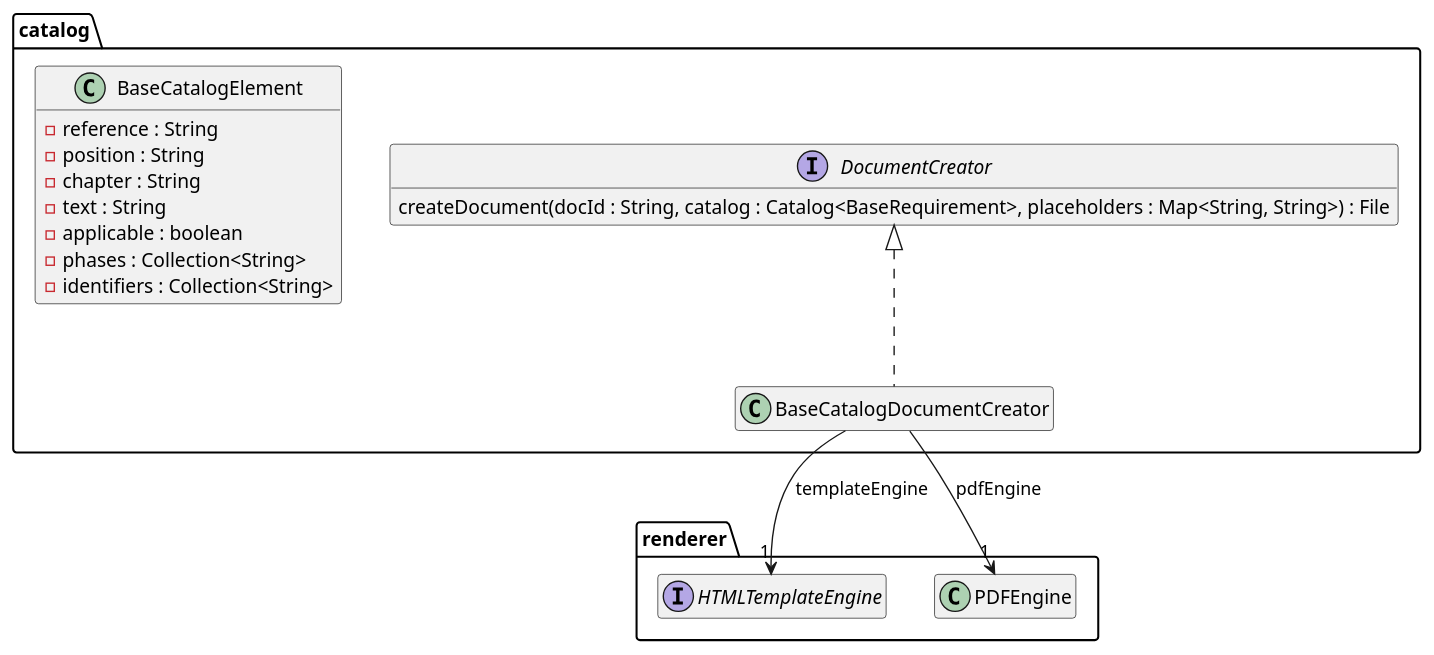
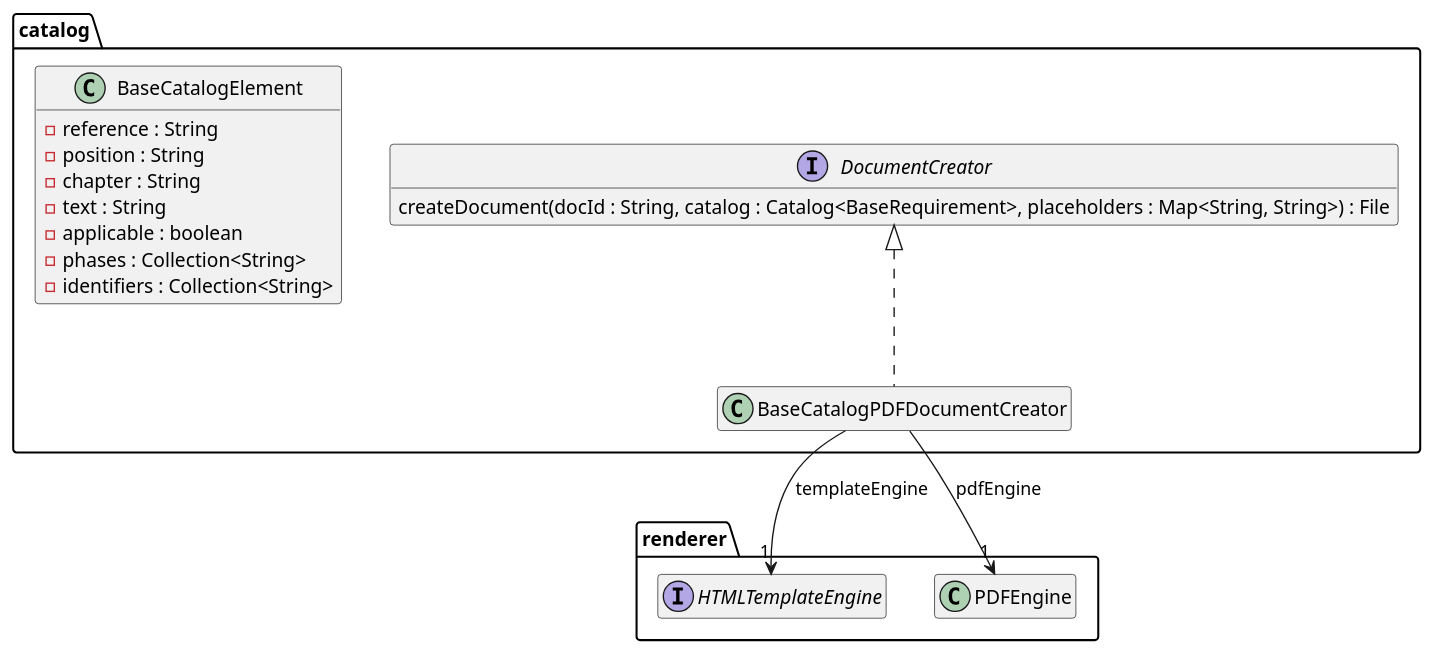
Before and after one commit to tailoringexpert/platform: the diagram in src/site/arc42/plantuml/openhtmltopdf/catalog/Ebene3.plantuml, drawn with PlantUML. The commit also changed 69 other files, not shown here.

```diff
--- a/src/site/arc42/plantuml/openhtmltopdf/catalog/Ebene3.plantuml
+++ b/src/site/arc42/plantuml/openhtmltopdf/catalog/Ebene3.plantuml
@@ -1,32 +1,32 @@
 @startuml Ebene3.png
 hide empty members
 
 package renderer {
     interface HTMLTemplateEngine
     class PDFEngine
 }
 
 package catalog {
 
     interface DocumentCreator {
         createDocument(docId : String, catalog : Catalog<BaseRequirement>, placeholders : Map<String, String>) : File
     }
 
     class BaseCatalogElement {
         -reference : String
         -position : String
         -chapter : String
         -text : String
         -applicable : boolean
         -phases : Collection<String>
         -identifiers : Collection<String>
     }
 
-    class BaseCatalogDocumentCreator {
+    class BaseCatalogPDFDocumentCreator {
     }
-    DocumentCreator <|.. BaseCatalogDocumentCreator
-    BaseCatalogDocumentCreator --> "1" HTMLTemplateEngine : templateEngine
-    BaseCatalogDocumentCreator --> "1" PDFEngine : pdfEngine
+    DocumentCreator <|.. BaseCatalogPDFDocumentCreator
+    BaseCatalogPDFDocumentCreator --> "1" HTMLTemplateEngine : templateEngine
+    BaseCatalogPDFDocumentCreator --> "1" PDFEngine : pdfEngine
 
 }
 @enduml
```
